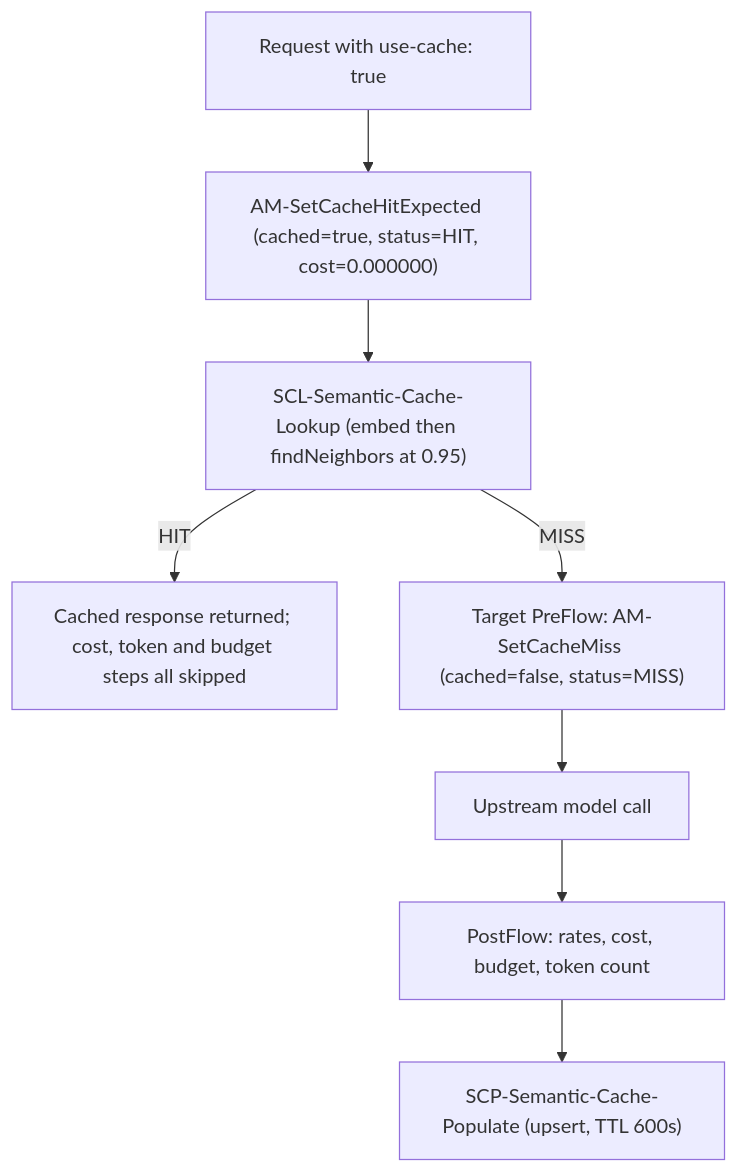
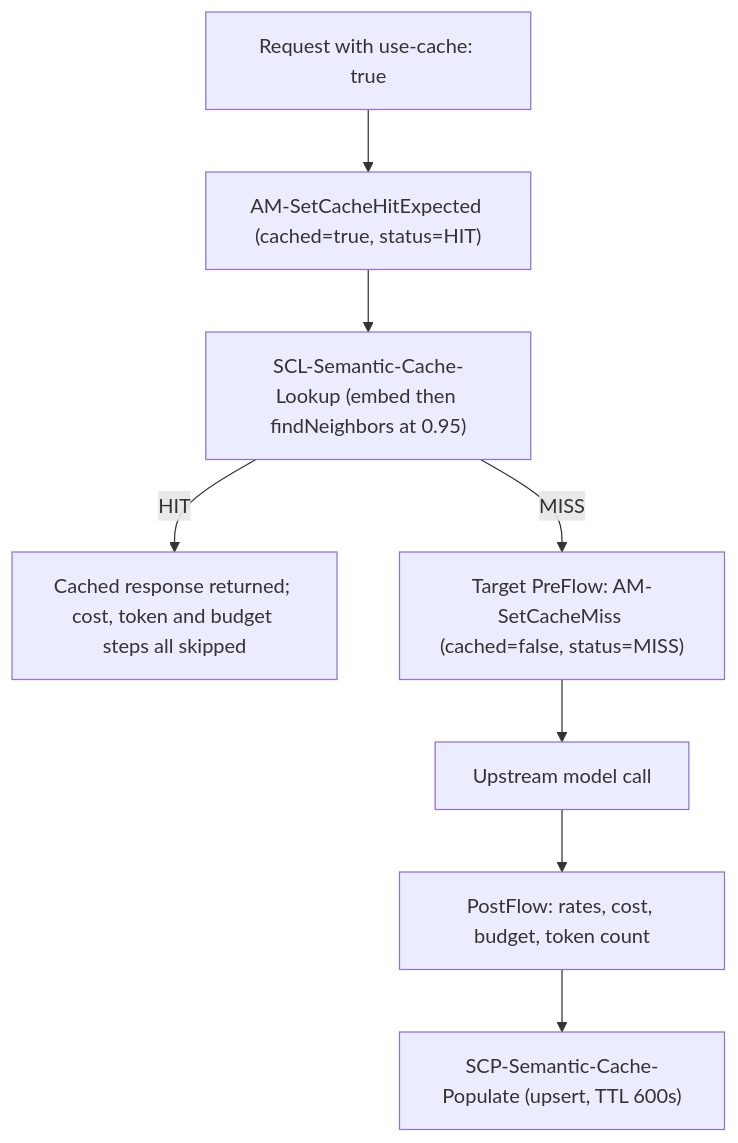
One commit to yem0428/apigee-ai-gateway-demo changed the second of 2 diagrams in docs/proxy_architecture_design_plan.md. Above: the diagram before and after it, drawn with Mermaid. The commit also changed other lines of this file and 12 other files, not shown here.

````diff
--- a/docs/proxy_architecture_design_plan.md
+++ b/docs/proxy_architecture_design_plan.md
@@ -978,10 +1021,10 @@
 ```mermaid
 flowchart TD
-  R["Request with use-cache: true"] --> H["AM-SetCacheHitExpected (cached=true, status=HIT, cost=0.000000)"]
+  R["Request with use-cache: true"] --> H["AM-SetCacheHitExpected (cached=true, status=HIT)"]
   H --> L["SCL-Semantic-Cache-Lookup (embed then findNeighbors at 0.95)"]
   L -->|HIT| RESP["Cached response returned; cost, token and budget steps all skipped"]
   L -->|MISS| T["Target PreFlow: AM-SetCacheMiss (cached=false, status=MISS)"]
   T --> U["Upstream model call"]
   U --> P["PostFlow: rates, cost, budget, token count"]
   P --> S["SCP-Semantic-Cache-Populate (upsert, TTL 600s)"]
 ```
````
